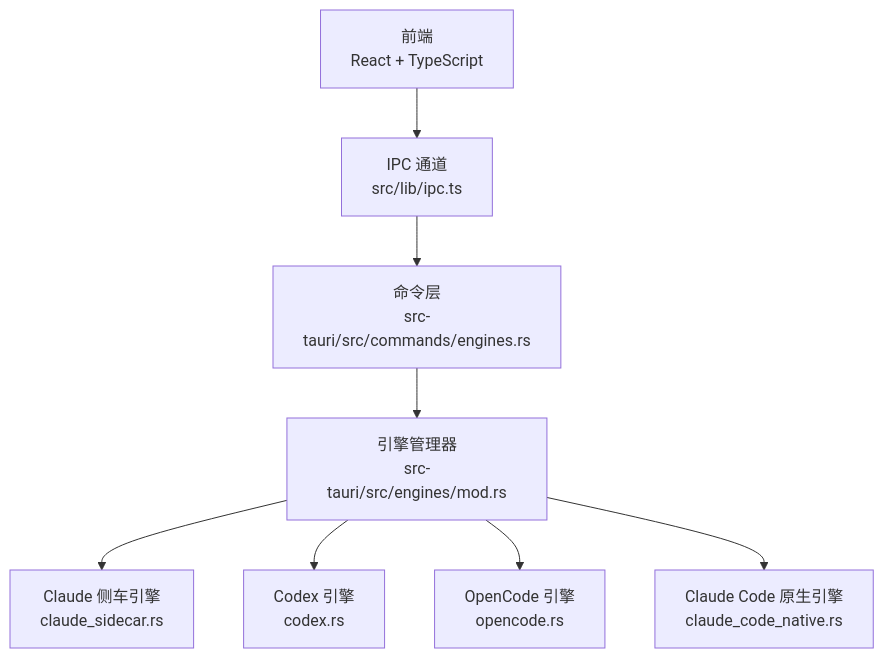
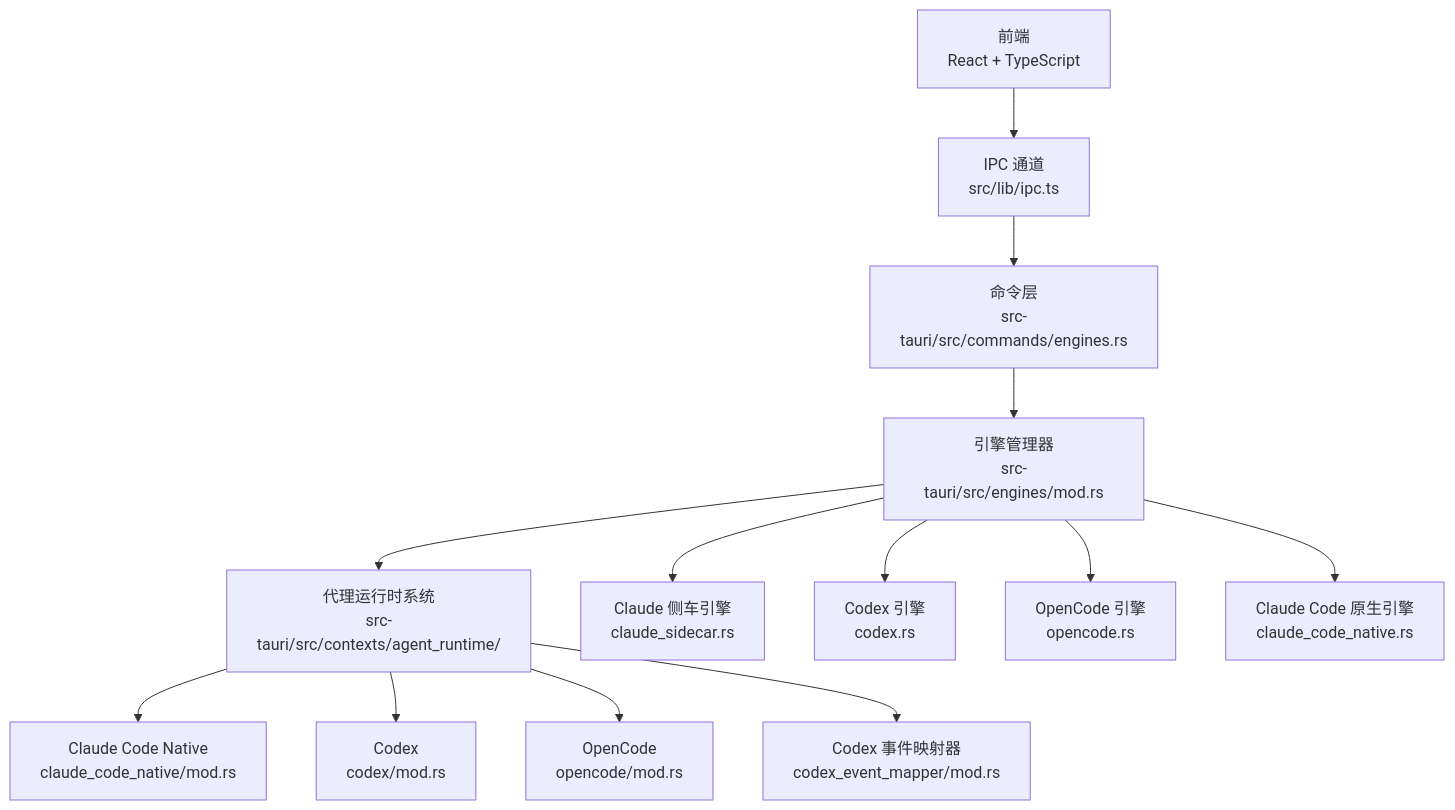
Before and after one commit to yattin/panes: the first of 12 diagrams in .qoder/repowiki/zh/content/AI 引擎管理/AI 引擎管理.md, drawn with Mermaid. The commit also changed other lines of this file and 45 other files, not shown here.

````diff
--- a/.qoder/repowiki/zh/content/AI 引擎管理/AI 引擎管理.md
+++ b/.qoder/repowiki/zh/content/AI 引擎管理/AI 引擎管理.md
@@ -43,10 +63,15 @@
 ```mermaid
 graph TB
 FE["前端<br/>React + TypeScript"] --> IPC["IPC 通道<br/>src/lib/ipc.ts"]
 IPC --> CMD["命令层<br/>src-tauri/src/commands/engines.rs"]
 CMD --> EM["引擎管理器<br/>src-tauri/src/engines/mod.rs"]
+EM --> AR["代理运行时系统<br/>src-tauri/src/contexts/agent_runtime/"]
+AR --> CN["Claude Code Native<br/>claude_code_native/mod.rs"]
+AR --> CD["Codex<br/>codex/mod.rs"]
+AR --> OC["OpenCode<br/>opencode/mod.rs"]
+AR --> CEM["Codex 事件映射器<br/>codex_event_mapper/mod.rs"]
 EM --> E1["Claude 侧车引擎<br/>claude_sidecar.rs"]
 EM --> E2["Codex 引擎<br/>codex.rs"]
 EM --> E3["OpenCode 引擎<br/>opencode.rs"]
 EM --> E4["Claude Code 原生引擎<br/>claude_code_native.rs"]
 ```
````
